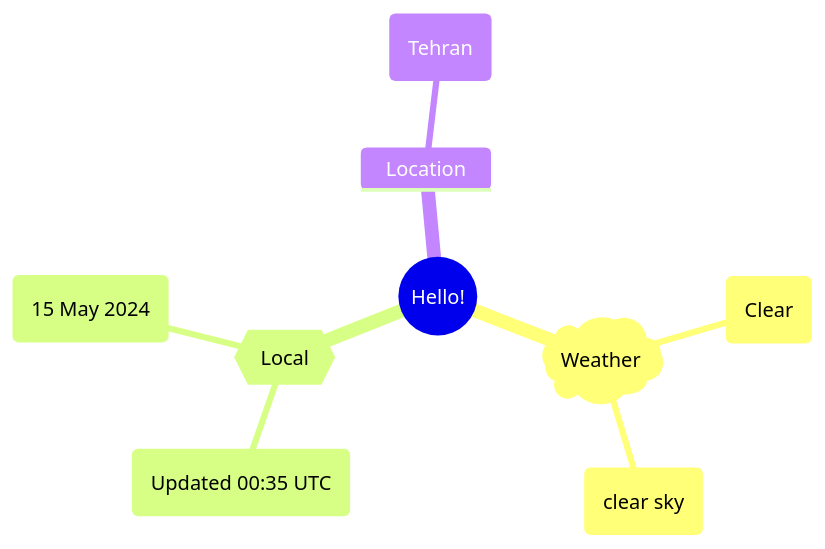
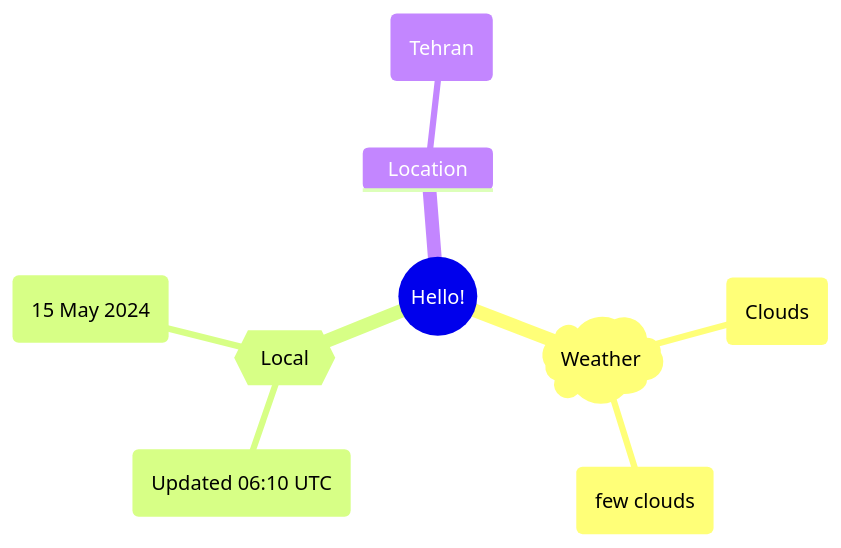
Before and after one commit to Xosrov/Xosrov: the first of 2 diagrams in README.md, drawn with Mermaid.

Commit message:
[bot] updated images

````diff
--- a/README.md
+++ b/README.md
@@ -3,12 +3,12 @@
 ```mermaid
 mindmap
   root((Hello!))
     )Weather(
-        (Clear)
-        (clear sky)
+        (Clouds)
+        (few clouds)
     {{Local}}
-        (Updated 00:35 UTC)
+        (Updated 06:10 UTC)
         (15 May 2024)
     Location
         (Tehran)
 ```
````
